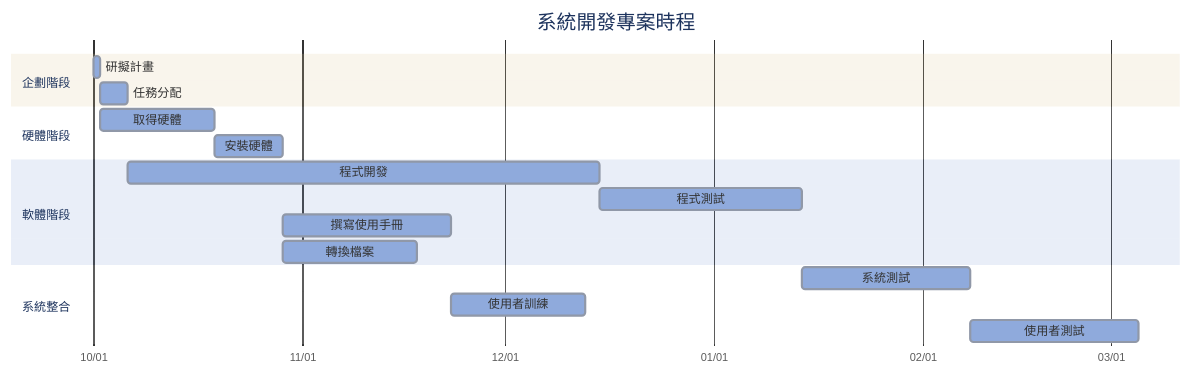
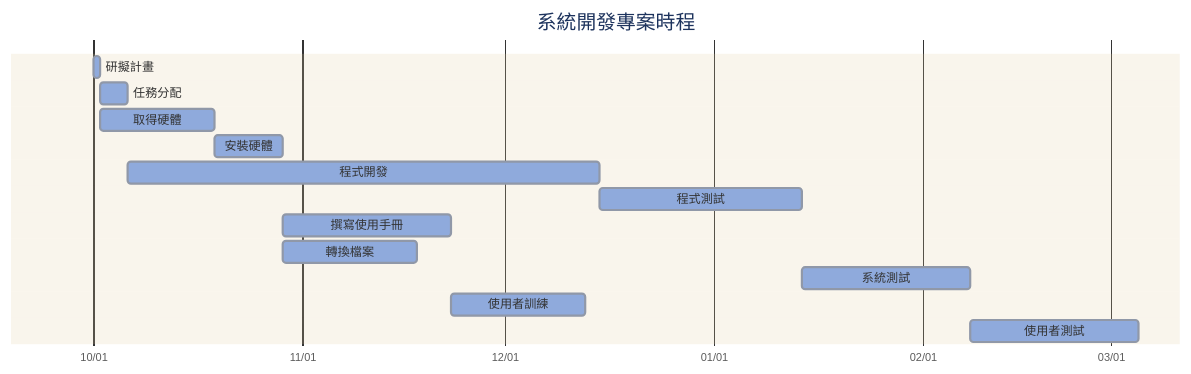
One commit to c112118223/114-B changed the first of 2 diagrams in hw2.md. Above: the diagram before and after it, drawn with Mermaid.

````diff
--- a/hw2.md
+++ b/hw2.md
@@ -2,28 +2,21 @@
 ```mermaid
 %%{init: {'theme': 'base', 'themeVariables': { 'primaryColor': '#8FAADC', 'fontFamily': 'Noto Sans TC'}}}%%
 gantt
     title 系統開發專案時程
     dateFormat  YYYY-MM-DD
     axisFormat  %m/%d
     todayMarker off
 
-    section 企劃階段
     研擬計畫          :a1, 2025-10-01, 1d
     任務分配          :a2, after a1, 4d
-
-    section 硬體階段
     取得硬體          :a3, after a1, 17d
     安裝硬體          :a5, after a3, 10d
-
-    section 軟體階段
     程式開發          :a4, after a2, 70d
     程式測試          :a6, after a4, 30d
     撰寫使用手冊      :a7, after a5, 25d
     轉換檔案          :a8, after a5, 20d
-
-    section 系統整合
     系統測試          :a9, after a6, 25d
     使用者訓練        :a10, after a7 a8, 20d
     使用者測試        :a11, after a9 a10, 25d
 
 ```
````
